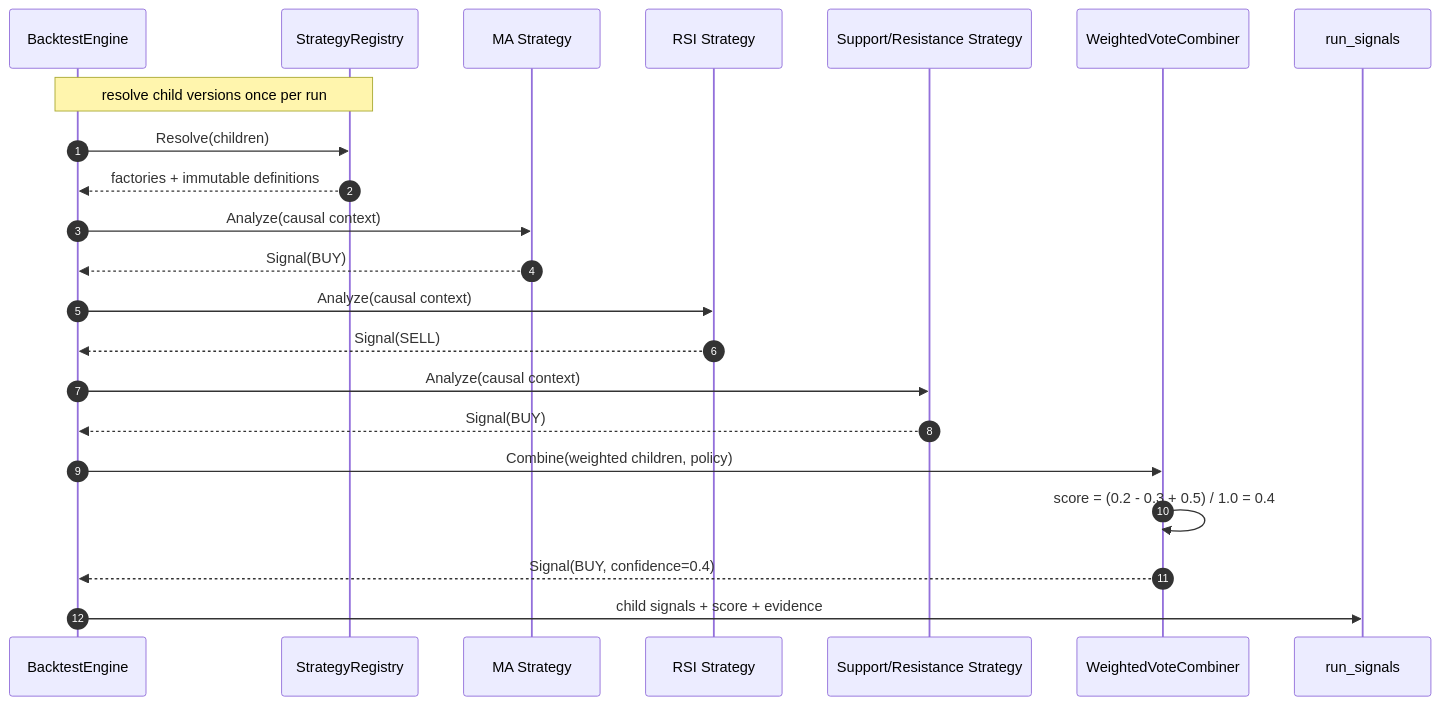
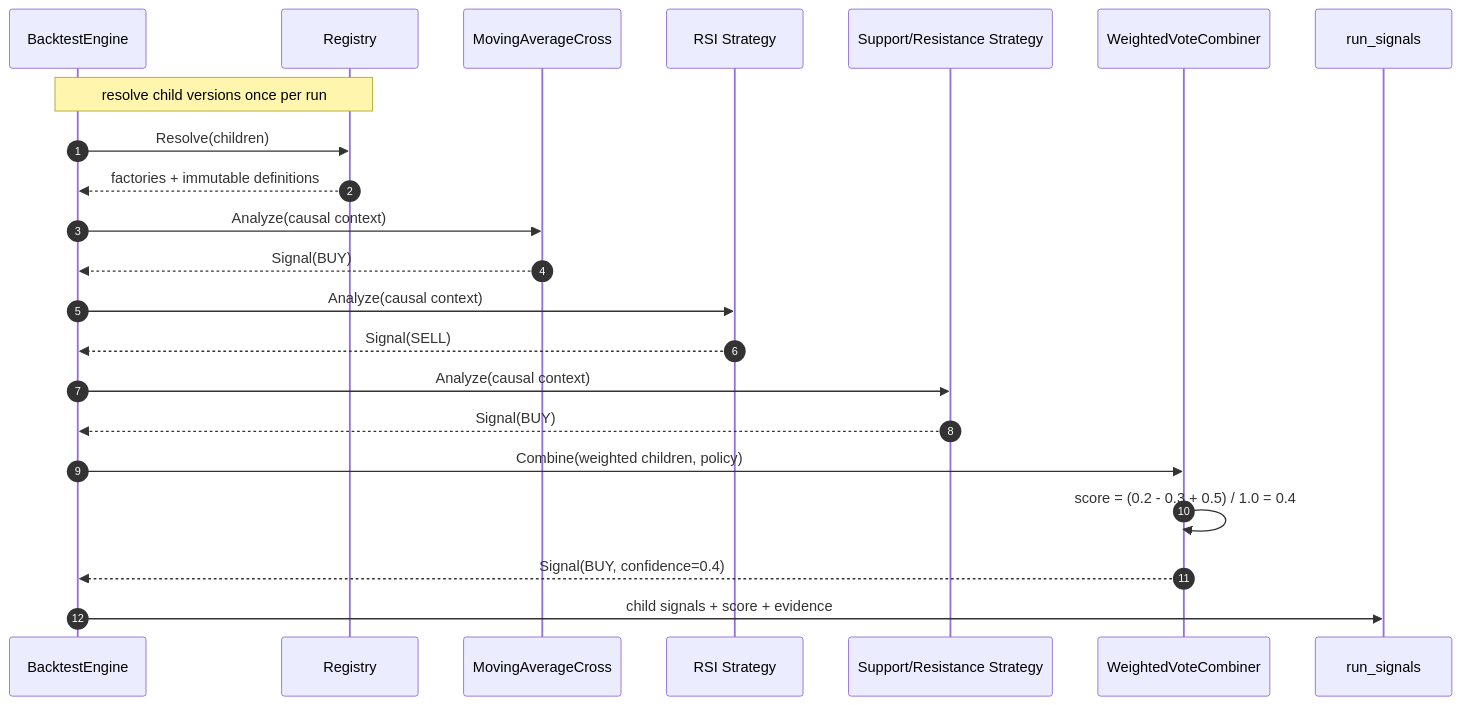
Before and after one commit to EnsoTech-Studio/CryptoBot: the diagram in blueprint/specs/composite-strategy.md, drawn with Mermaid. The commit also changed other lines of this file and 225 other files, not shown here.

````diff
--- a/blueprint/specs/composite-strategy.md
+++ b/blueprint/specs/composite-strategy.md
@@ -113,25 +134,25 @@
 ```mermaid
 sequenceDiagram
     autonumber
     participant ENG as BacktestEngine
-    participant REG as StrategyRegistry
-    participant MA as MA Strategy
+    participant REG as Registry
+    participant MA as MovingAverageCross
     participant RSI as RSI Strategy
     participant SR as Support/Resistance Strategy
     participant CMB as WeightedVoteCombiner
     participant SIG as run_signals
 
     Note over ENG,REG: resolve child versions once per run
     ENG->>REG: Resolve(children)
     REG-->>ENG: factories + immutable definitions
     ENG->>MA: Analyze(causal context)
     MA-->>ENG: Signal(BUY)
     ENG->>RSI: Analyze(causal context)
     RSI-->>ENG: Signal(SELL)
     ENG->>SR: Analyze(causal context)
     SR-->>ENG: Signal(BUY)
     ENG->>CMB: Combine(weighted children, policy)
     CMB->>CMB: score = (0.2 - 0.3 + 0.5) / 1.0 = 0.4
     CMB-->>ENG: Signal(BUY, confidence=0.4)
     ENG->>SIG: child signals + score + evidence
 ```
````
